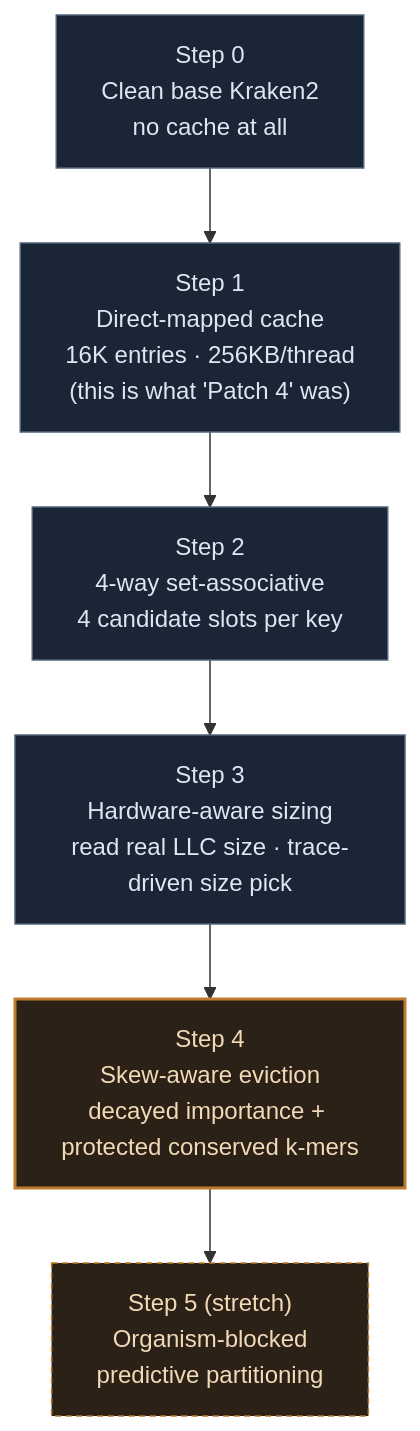
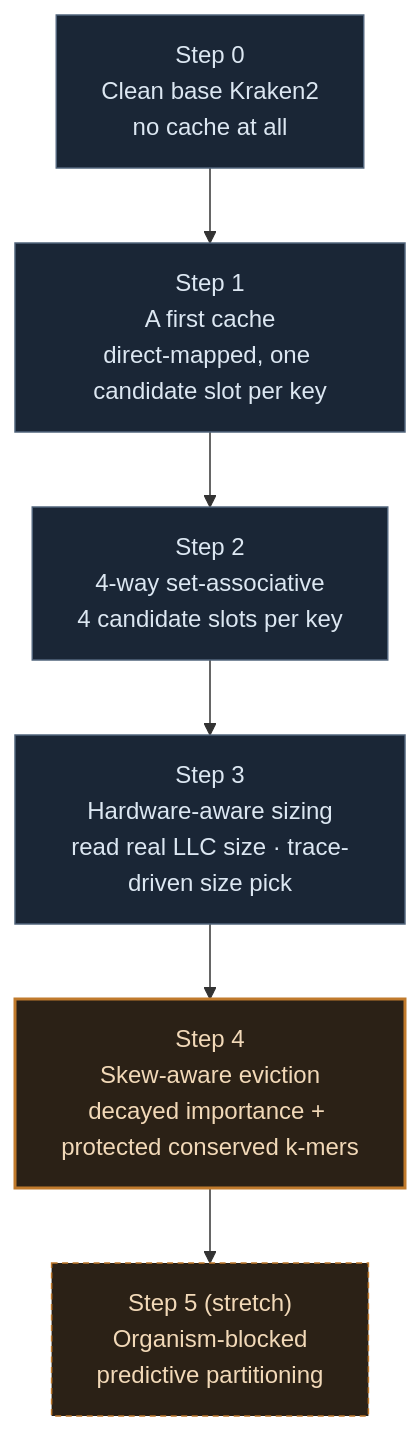
The second of 3 diagrams in week4plan.md (KathpaliaChirag/Nanopore-project), drawn with Mermaid before and after one commit. The commit also changed other lines of this file, not shown here.

First line of the commit message:
Added Track B (Thesis 2) to the week 4 plan and scrubbed all Patch 4 references

````diff
--- a/week4plan.md
+++ b/week4plan.md
@@ -26,16 +27,16 @@
 ```mermaid
 flowchart TD
     S0["Step 0\nClean base Kraken2\nno cache at all"] --> S1
-    S1["Step 1\nDirect-mapped cache\n16K entries · 256KB/thread\n(this is what 'Patch 4' was)"] --> S2
+    S1["Step 1\nA first cache\ndirect-mapped, one candidate slot per key"] --> S2
     S2["Step 2\n4-way set-associative\n4 candidate slots per key"] --> S3
     S3["Step 3\nHardware-aware sizing\nread real LLC size · trace-driven size pick"] --> S4
     S4["Step 4\nSkew-aware eviction\ndecayed importance + protected conserved k-mers"] --> S5
     S5["Step 5 (stretch)\nOrganism-blocked\npredictive partitioning"]
 
     style S0 fill:#1a2636,stroke:#52657c,color:#dce7f2
     style S1 fill:#1a2636,stroke:#52657c,color:#dce7f2
     style S2 fill:#1a2636,stroke:#52657c,color:#dce7f2
     style S3 fill:#1a2636,stroke:#52657c,color:#dce7f2
     style S4 fill:#2b2116,stroke:#c07a2c,stroke-width:2px,color:#f2d9b8
     style S5 fill:#2b2116,stroke:#c07a2c,stroke-width:1px,stroke-dasharray: 4 3,color:#f2d9b8
 ```
````
